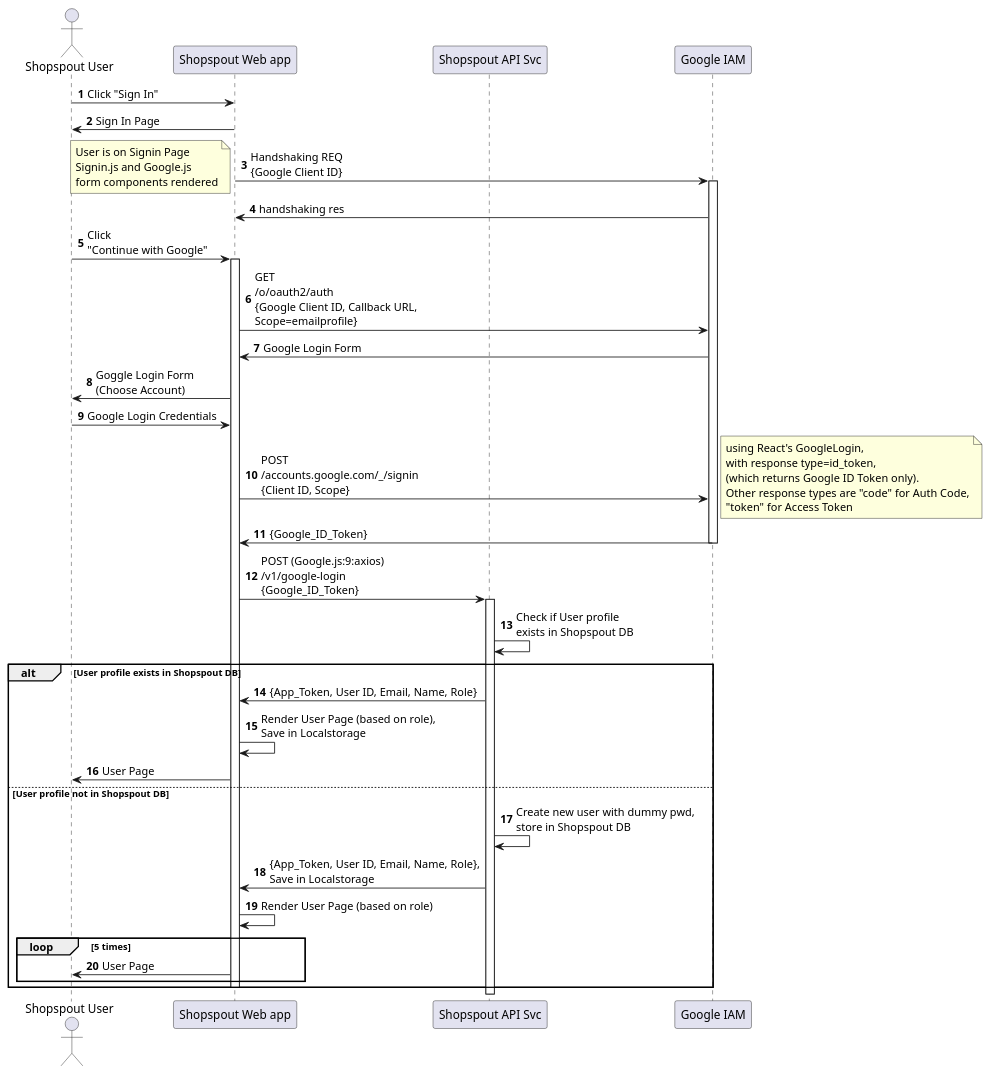
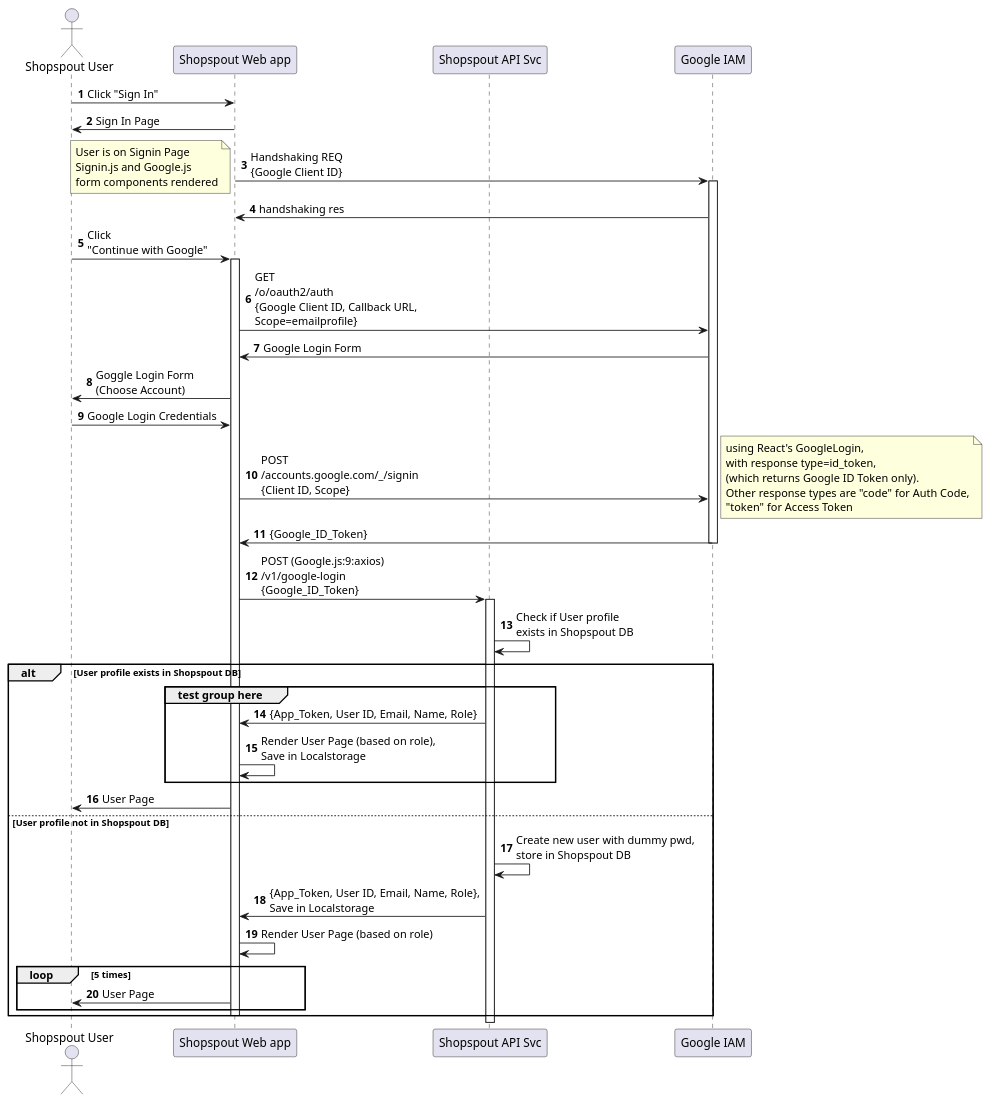
Before and after one commit to amne/architecture-viewer: the diagram in sample_plantuml_data/Sequence Diagram - Shop Spout.puml, drawn with PlantUML.

Commit message:
Update Sequence Diagram - Shop Spout.puml

```diff
--- a/sample_plantuml_data/Sequence Diagram - Shop Spout.puml
+++ b/sample_plantuml_data/Sequence Diagram - Shop Spout.puml
@@ -1,39 +1,41 @@
 @startuml
 autonumber
 Actor "Shopspout User" as usr
 Participant "Shopspout Web app" as app
 Participant "Shopspout API Svc" as svc
 Participant "Google IAM" as iam
 usr->app:Click "Sign In"
 app->usr:Sign In Page
 app->iam:Handshaking REQ\n{Google Client ID}
 Activate iam
 Note Left:User is on Signin Page\nSignin.js and Google.js \nform components rendered
 iam->app:handshaking res
 usr->app:Click \n"Continue with Google"
 Activate app
 app->iam:GET\n/o/oauth2/auth\n{Google Client ID, Callback URL,\nScope=emailprofile}
 iam->app:Google Login Form
 app->usr:Goggle Login Form\n(Choose Account)
 usr->app:Google Login Credentials
 app->iam:POST\n/accounts.google.com/_/signin\n{Client ID, Scope}
 note right:using React's GoogleLogin,\nwith response type=id_token,\n(which returns Google ID Token only).\nOther response types are "code" for Auth Code,\n"token" for Access Token
 iam->app:{Google_ID_Token}
 deactivate iam
 app->svc:POST (Google.js:9:axios)\n/v1/google-login\n{Google_ID_Token}
 activate svc
 svc->svc:Check if User profile\nexists in Shopspout DB
 alt User profile exists in Shopspout DB
+group test group here
 svc->app:{App_Token, User ID, Email, Name, Role}
 app->app:Render User Page (based on role),\nSave in Localstorage
+end
 app->usr:User Page
 else User profile not in Shopspout DB
 svc->svc:Create new user with dummy pwd,\nstore in Shopspout DB
 svc->app:{App_Token, User ID, Email, Name, Role},\nSave in Localstorage
 app->app:Render User Page (based on role)
 loop 5 times
 app->usr:User Page
 end
 deactivate app
 end
 @enduml
```
